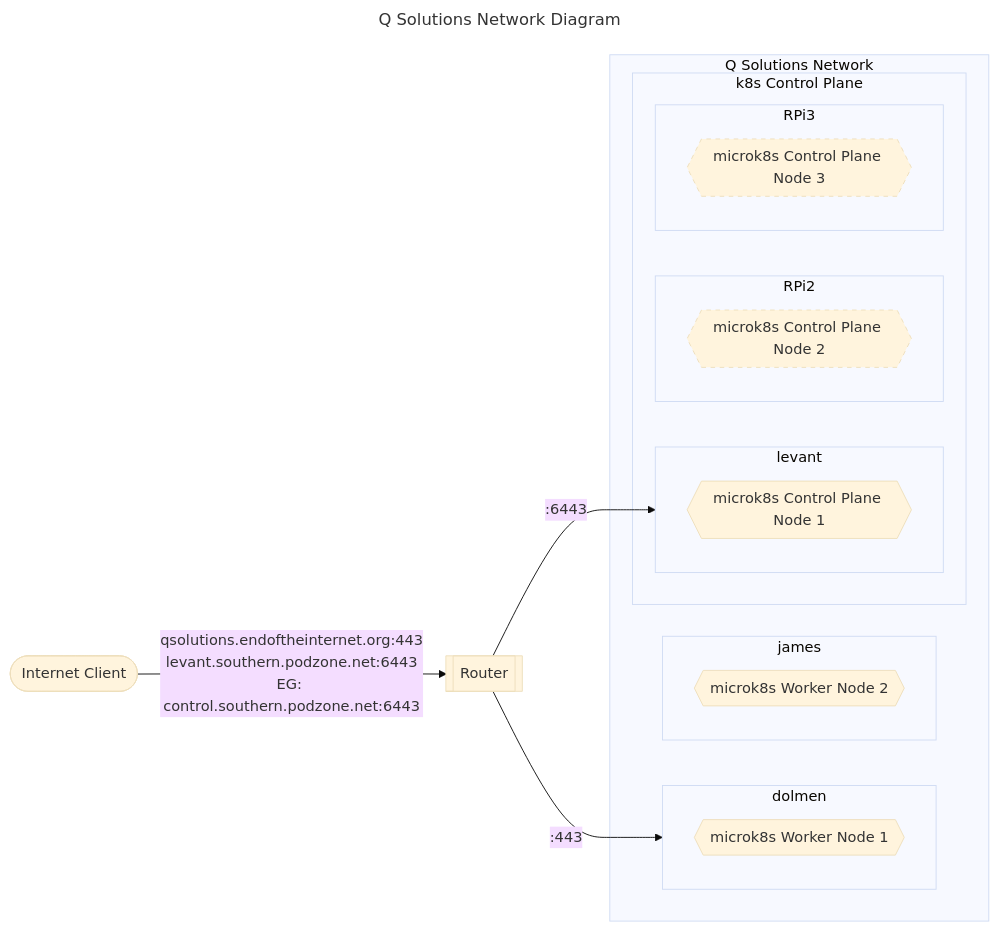
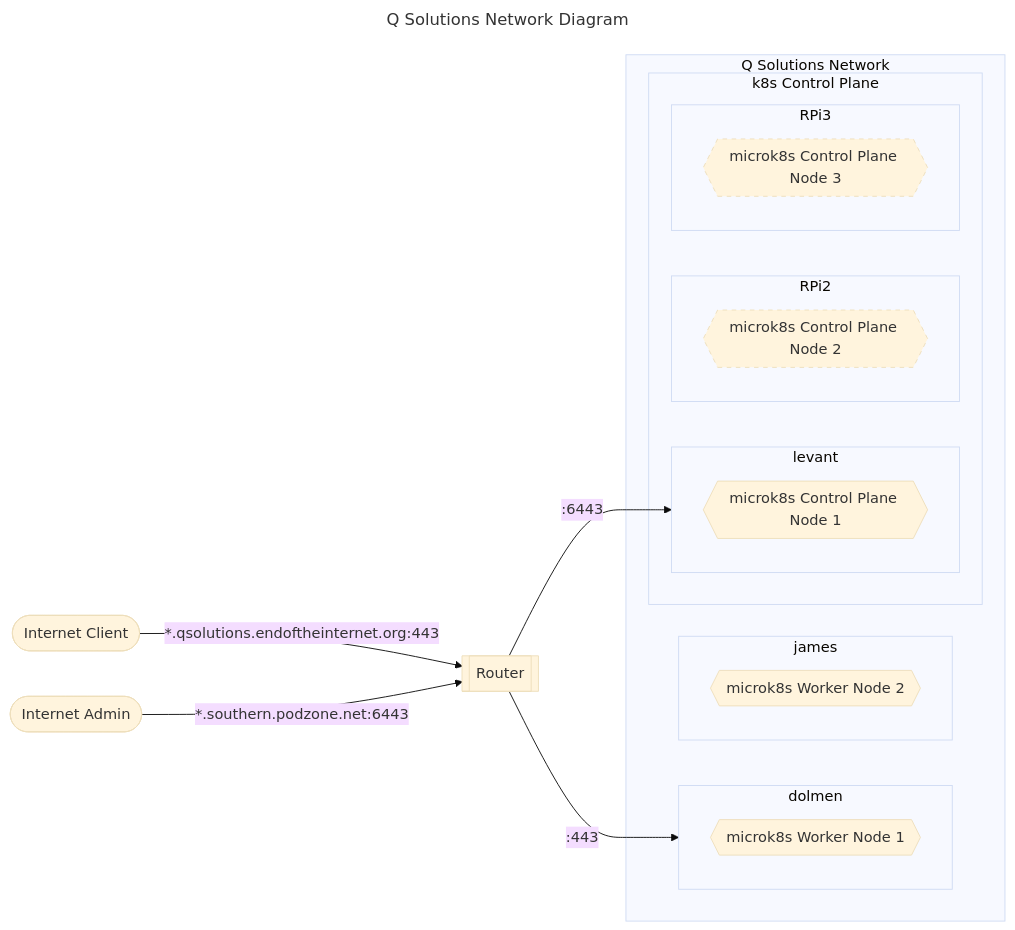
The diagram in README.md (MoTTTT/QApps), drawn with Mermaid (base theme) before and after one commit. The commit also changed other lines of this file and 21 other files, not shown here.

````diff
--- a/README.md
+++ b/README.md
@@ -63,35 +75,34 @@
 ```mermaid
 ---
 title: Q Solutions Network Diagram
 ---
 graph LR
-    clientExt([Internet Client]) -->|"`qsolutions.endoftheinternet.org:443
-        levant.southern.podzone.net:6443
-        EG: control.southern.podzone.net:6443
-    `"| fibreRouter[[Router]]
+    clientExt([Internet Client]) -->|*.qsolutions.endoftheinternet.org:443| fibreRouter[[Router]]
+
+    adminExt([Internet Admin]) -->|*.southern.podzone.net:6443| fibreRouter[[Router]]
 
     fibreRouter -->|:6443| levant
     fibreRouter -->|:443| dolmen
 
     subgraph Q Solutions Network
         subgraph dolmen
           microk8sW1{{microk8s Worker Node 1}}
         end
         subgraph james
           microk8sW2{{microk8s Worker Node 2}}
         end
         subgraph k8s Control Plane
         subgraph levant
           microk8sC1{{microk8s Control Plane Node 1}}
         end
         subgraph RPi2
           microk8sC2{{microk8s Control Plane Node 2}}:::eg
         end
         subgraph RPi3
           microk8sC3{{microk8s Control Plane Node 3}}:::eg
         end
         end
     end
     classDef eg stroke-dasharray: 5 5
     classDef host stroke-dasharray: 5 5
 ```
````
